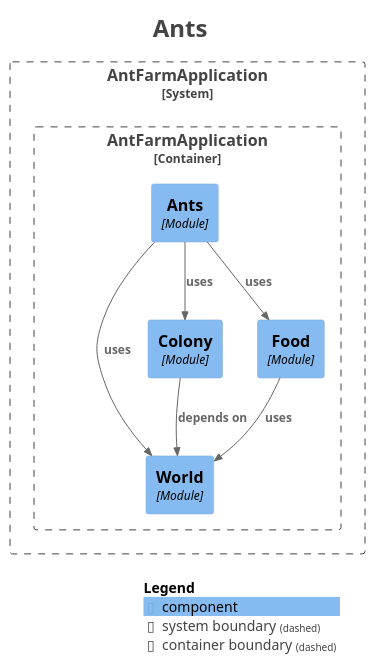
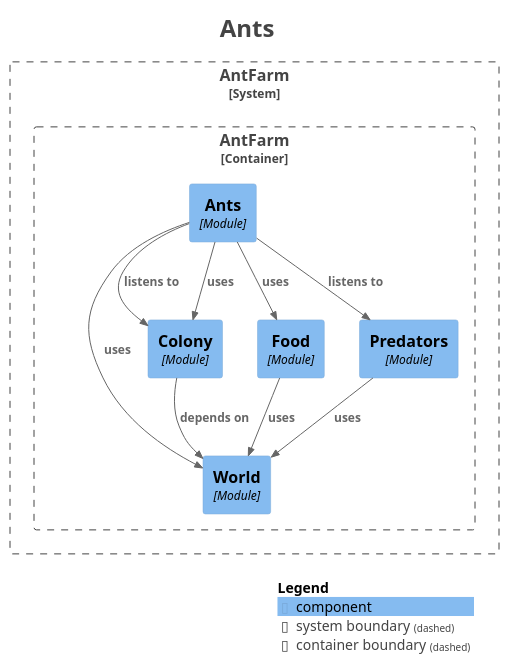
Before and after one commit to BlockCat/ddd-ants: the diagram in src/main/resources/static/docs/module-ants.puml, drawn with PlantUML. The commit also changed 47 other files, not shown here.

First line of the commit message:
Refactor AntFarm application structure and enhance documentation

```diff
--- a/src/main/resources/static/docs/module-ants.puml
+++ b/src/main/resources/static/docs/module-ants.puml
@@ -1,36 +1,40 @@
 @startuml
 title <size:24>Ants</size>
 
 set separator none
 top to bottom direction
 
 <style>
   root {
     BackgroundColor: #ffffff
     FontColor: #444444
   }
 </style>
 
 !include <C4/C4>
 !include <C4/C4_Context>
 !include <C4/C4_Component>
 
-System_Boundary("AntFarmApplication_boundary", "AntFarmApplication", $tags="") {
-  Container_Boundary("AntFarmApplication.AntFarmApplication_boundary", "AntFarmApplication", $tags="") {
-    Component(AntFarmApplication.AntFarmApplication.World, "World", $techn="Module", $descr="", $tags="", $link="")
-    Component(AntFarmApplication.AntFarmApplication.Colony, "Colony", $techn="Module", $descr="", $tags="", $link="")
-    Component(AntFarmApplication.AntFarmApplication.Food, "Food", $techn="Module", $descr="", $tags="", $link="")
-    Component(AntFarmApplication.AntFarmApplication.Ants, "Ants", $techn="Module", $descr="", $tags="", $link="")
+System_Boundary("AntFarm_boundary", "AntFarm", $tags="") {
+  Container_Boundary("AntFarm.AntFarm_boundary", "AntFarm", $tags="") {
+    Component(AntFarm.AntFarm.World, "World", $techn="Module", $descr="", $tags="", $link="")
+    Component(AntFarm.AntFarm.Colony, "Colony", $techn="Module", $descr="", $tags="", $link="")
+    Component(AntFarm.AntFarm.Food, "Food", $techn="Module", $descr="", $tags="", $link="")
+    Component(AntFarm.AntFarm.Predators, "Predators", $techn="Module", $descr="", $tags="", $link="")
+    Component(AntFarm.AntFarm.Ants, "Ants", $techn="Module", $descr="", $tags="", $link="")
   }
 
 }
 
-Rel(AntFarmApplication.AntFarmApplication.Food, AntFarmApplication.AntFarmApplication.World, "uses", $techn="", $tags="", $link="")
-Rel(AntFarmApplication.AntFarmApplication.Colony, AntFarmApplication.AntFarmApplication.World, "depends on", $techn="", $tags="", $link="")
-Rel(AntFarmApplication.AntFarmApplication.Ants, AntFarmApplication.AntFarmApplication.World, "uses", $techn="", $tags="", $link="")
-Rel(AntFarmApplication.AntFarmApplication.Ants, AntFarmApplication.AntFarmApplication.Colony, "uses", $techn="", $tags="", $link="")
-Rel(AntFarmApplication.AntFarmApplication.Ants, AntFarmApplication.AntFarmApplication.Food, "uses", $techn="", $tags="", $link="")
+Rel(AntFarm.AntFarm.Predators, AntFarm.AntFarm.World, "uses", $techn="", $tags="", $link="")
+Rel(AntFarm.AntFarm.Food, AntFarm.AntFarm.World, "uses", $techn="", $tags="", $link="")
+Rel(AntFarm.AntFarm.Ants, AntFarm.AntFarm.Colony, "listens to", $techn="", $tags="", $link="")
+Rel(AntFarm.AntFarm.Ants, AntFarm.AntFarm.Predators, "listens to", $techn="", $tags="", $link="")
+Rel(AntFarm.AntFarm.Ants, AntFarm.AntFarm.World, "uses", $techn="", $tags="", $link="")
+Rel(AntFarm.AntFarm.Ants, AntFarm.AntFarm.Colony, "uses", $techn="", $tags="", $link="")
+Rel(AntFarm.AntFarm.Ants, AntFarm.AntFarm.Food, "uses", $techn="", $tags="", $link="")
+Rel(AntFarm.AntFarm.Colony, AntFarm.AntFarm.World, "depends on", $techn="", $tags="", $link="")
 
 SHOW_LEGEND(true)
 hide stereotypes
 @enduml
```
